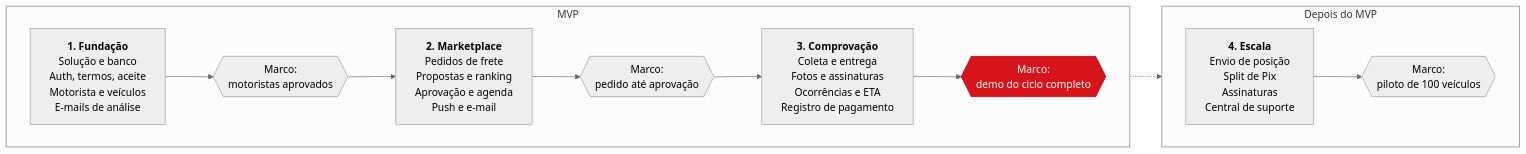
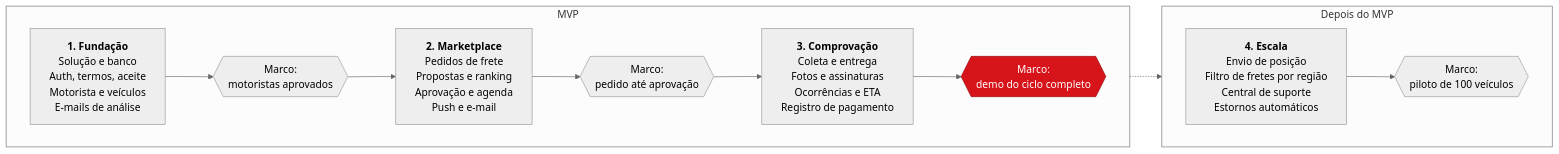
Before and after one commit to enzzo-dev/frota-online: the sixth of 8 diagrams in README.md, drawn with Mermaid (neutral theme). The commit also changed other lines of this file and 88 other files, not shown here.

First line of the commit message:
Add Asaas subscriptions, Pix split payments, fee collection, file uploads and compatible-freight alerts

````diff
--- a/README.md
+++ b/README.md
@@ -145,22 +147,22 @@
 ```mermaid
 flowchart LR
     subgraph MVP
         direction LR
         F1["<b>1. Fundação</b><br/>Solução e banco<br/>Auth, termos, aceite<br/>Motorista e veículos<br/>E-mails de análise"]
         M1{{"Marco:<br/>motoristas aprovados"}}
         F2["<b>2. Marketplace</b><br/>Pedidos de frete<br/>Propostas e ranking<br/>Aprovação e agenda<br/>Push e e-mail"]
         M2{{"Marco:<br/>pedido até aprovação"}}
         F3["<b>3. Comprovação</b><br/>Coleta e entrega<br/>Fotos e assinaturas<br/>Ocorrências e ETA<br/>Registro de pagamento"]
         M3{{"Marco:<br/>demo do ciclo completo"}}
         F1 --> M1 --> F2 --> M2 --> F3 --> M3
     end
     subgraph DEPOIS["Depois do MVP"]
         direction LR
-        F4["<b>4. Escala</b><br/>Envio de posição<br/>Split de Pix<br/>Assinaturas<br/>Central de suporte"]
+        F4["<b>4. Escala</b><br/>Envio de posição<br/>Filtro de fretes por região<br/>Central de suporte<br/>Estornos automáticos"]
         M4{{"Marco:<br/>piloto de 100 veículos"}}
         F4 --> M4
     end
     M3 -.-> F4
 
     style M3 fill:#d7141a,stroke:#8f0d12,color:#ffffff
 ```
````
